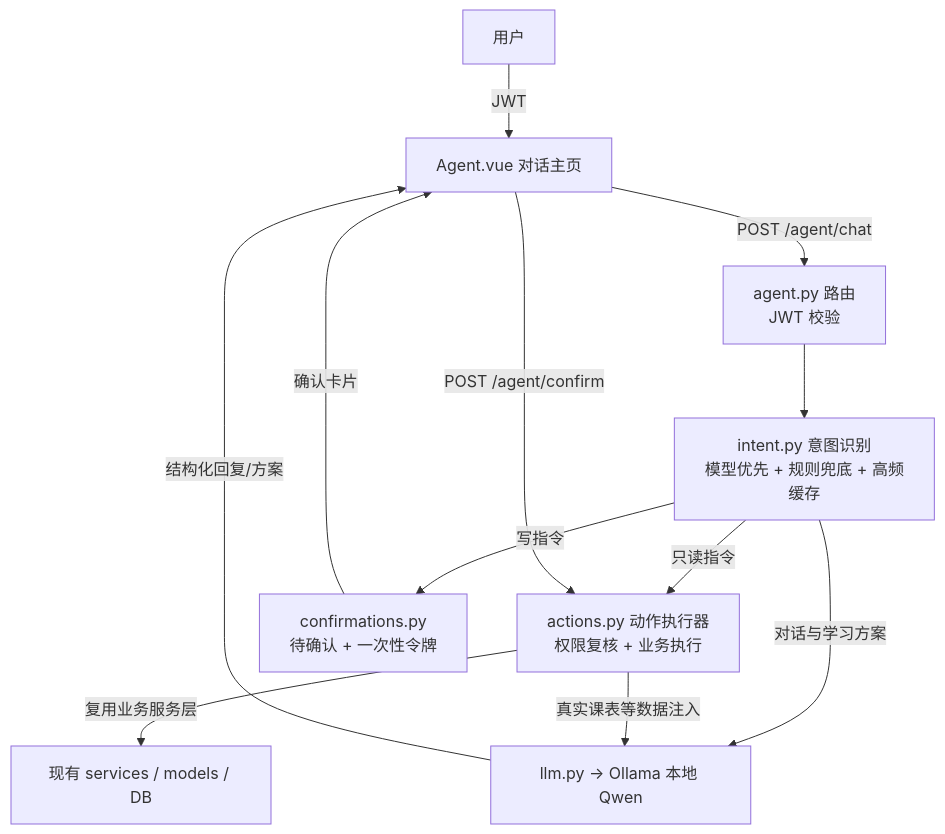
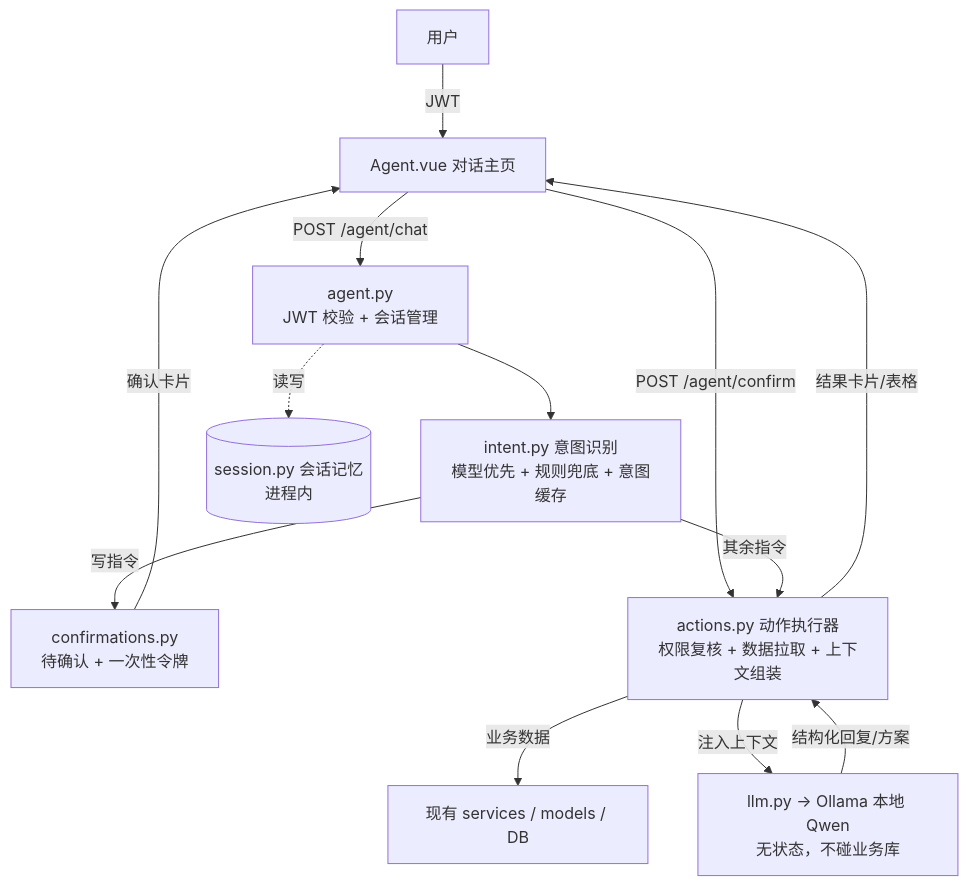
One commit to zhongli20061006/daxuezhongheguanlixitong changed the first of 2 diagrams in docs/superpowers/specs/2026-08-02-agent-assistant-design.md. Above: the diagram before and after it, drawn with Mermaid. The commit also changed other lines of this file, not shown here.

Commit message:
docs(agent): clarify data flow, session memory, cache and circuit breaker per review

````diff
--- a/docs/superpowers/specs/2026-08-02-agent-assistant-design.md
+++ b/docs/superpowers/specs/2026-08-02-agent-assistant-design.md
@@ -33,14 +33,15 @@
 ```mermaid
 flowchart TB
     U[用户] -->|JWT| V[Agent.vue 对话主页]
-    V -->|POST /agent/chat| R[agent.py 路由<br/>JWT 校验]
-    R --> I[intent.py 意图识别<br/>模型优先 + 规则兜底 + 高频缓存]
-    I -->|只读指令| A[actions.py 动作执行器<br/>权限复核 + 业务执行]
+    V -->|POST /agent/chat| R[agent.py<br/>JWT 校验 + 会话管理]
+    R --> I[intent.py 意图识别<br/>模型优先 + 规则兜底 + 意图缓存]
     I -->|写指令| C[confirmations.py<br/>待确认 + 一次性令牌]
     C -->|确认卡片| V
     V -->|POST /agent/confirm| A
-    A -->|复用业务服务层| S[现有 services / models / DB]
-    I -->|对话与学习方案| L[llm.py → Ollama 本地 Qwen]
-    A -->|真实课表等数据注入| L
-    L -->|结构化回复/方案| V
+    I -->|其余指令| A[actions.py 动作执行器<br/>权限复核 + 数据拉取 + 上下文组装]
+    A -->|业务数据| S[现有 services / models / DB]
+    A -->|注入上下文| L[llm.py → Ollama 本地 Qwen<br/>无状态，不碰业务库]
+    L -->|结构化回复/方案| A
+    A -->|结果卡片/表格| V
+    R -.读写.-> M[(session.py 会话记忆<br/>进程内)]
 ```
````
